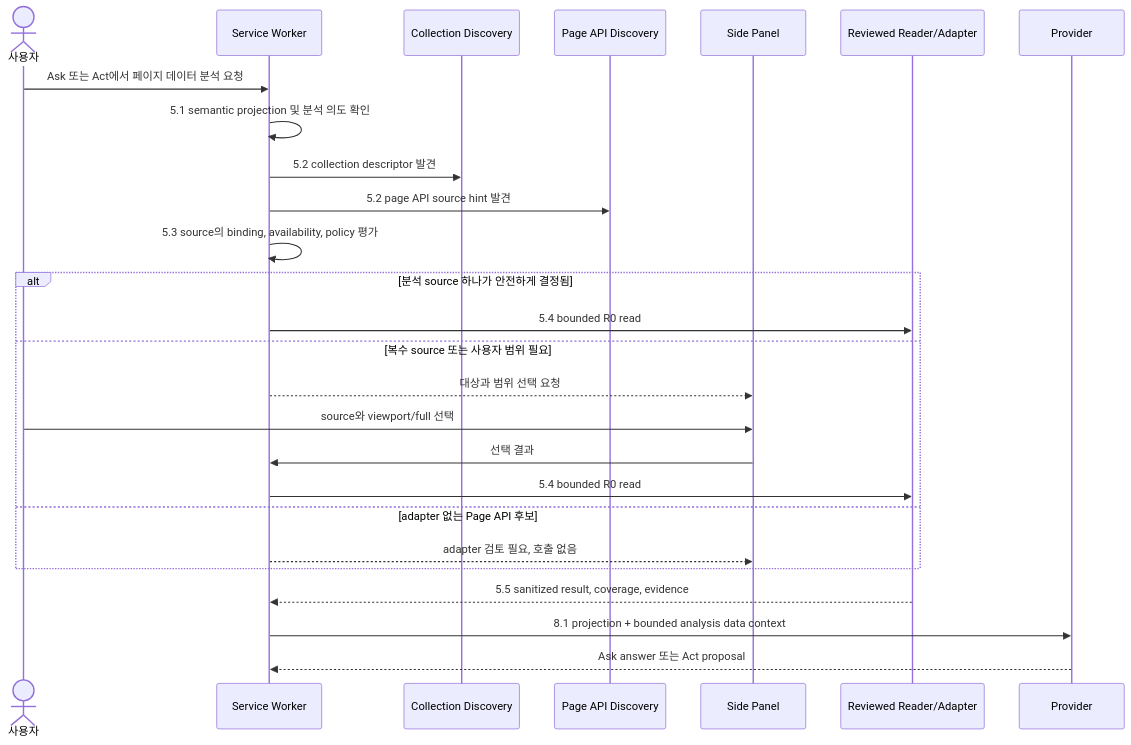
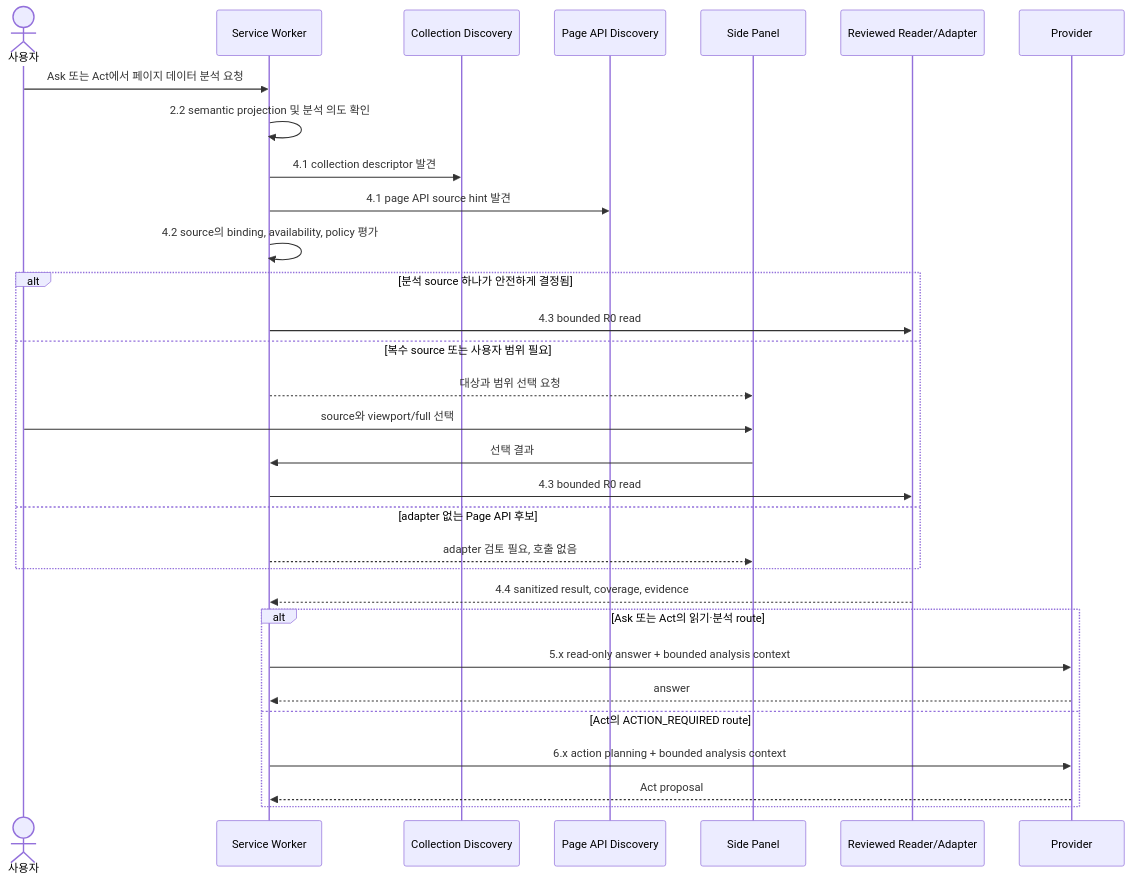
The diagram in docs/32-ask-act-analysis-data-acquisition-design.md (heungtae/ewap-browser), drawn with Mermaid before and after one commit. The commit also changed other lines of this file and 3 other files, not shown here.

````diff
--- a/docs/32-ask-act-analysis-data-acquisition-design.md
+++ b/docs/32-ask-act-analysis-data-acquisition-design.md
@@ -24,29 +27,34 @@
 ```mermaid
 sequenceDiagram
     actor User as 사용자
     participant SW as Service Worker
     participant DOM as Collection Discovery
     participant API as Page API Discovery
     participant Panel as Side Panel
     participant Reader as Reviewed Reader/Adapter
     participant Provider as Provider
 
     User->>SW: Ask 또는 Act에서 페이지 데이터 분석 요청
-    SW->>SW: 5.1 semantic projection 및 분석 의도 확인
-    SW->>DOM: 5.2 collection descriptor 발견
-    SW->>API: 5.2 page API source hint 발견
-    SW->>SW: 5.3 source의 binding, availability, policy 평가
+    SW->>SW: 2.2 semantic projection 및 분석 의도 확인
+    SW->>DOM: 4.1 collection descriptor 발견
+    SW->>API: 4.1 page API source hint 발견
+    SW->>SW: 4.2 source의 binding, availability, policy 평가
     alt 분석 source 하나가 안전하게 결정됨
-        SW->>Reader: 5.4 bounded R0 read
+        SW->>Reader: 4.3 bounded R0 read
     else 복수 source 또는 사용자 범위 필요
         SW-->>Panel: 대상과 범위 선택 요청
         User->>Panel: source와 viewport/full 선택
         Panel->>SW: 선택 결과
-        SW->>Reader: 5.4 bounded R0 read
+        SW->>Reader: 4.3 bounded R0 read
     else adapter 없는 Page API 후보
         SW-->>Panel: adapter 검토 필요, 호출 없음
     end
-    Reader-->>SW: 5.5 sanitized result, coverage, evidence
-    SW->>Provider: 8.1 projection + bounded analysis data context
-    Provider-->>SW: Ask answer 또는 Act proposal
+    Reader-->>SW: 4.4 sanitized result, coverage, evidence
+    alt Ask 또는 Act의 읽기·분석 route
+        SW->>Provider: 5.x read-only answer + bounded analysis context
+        Provider-->>SW: answer
+    else Act의 ACTION_REQUIRED route
+        SW->>Provider: 6.x action planning + bounded analysis context
+        Provider-->>SW: Act proposal
+    end
 ```
````
